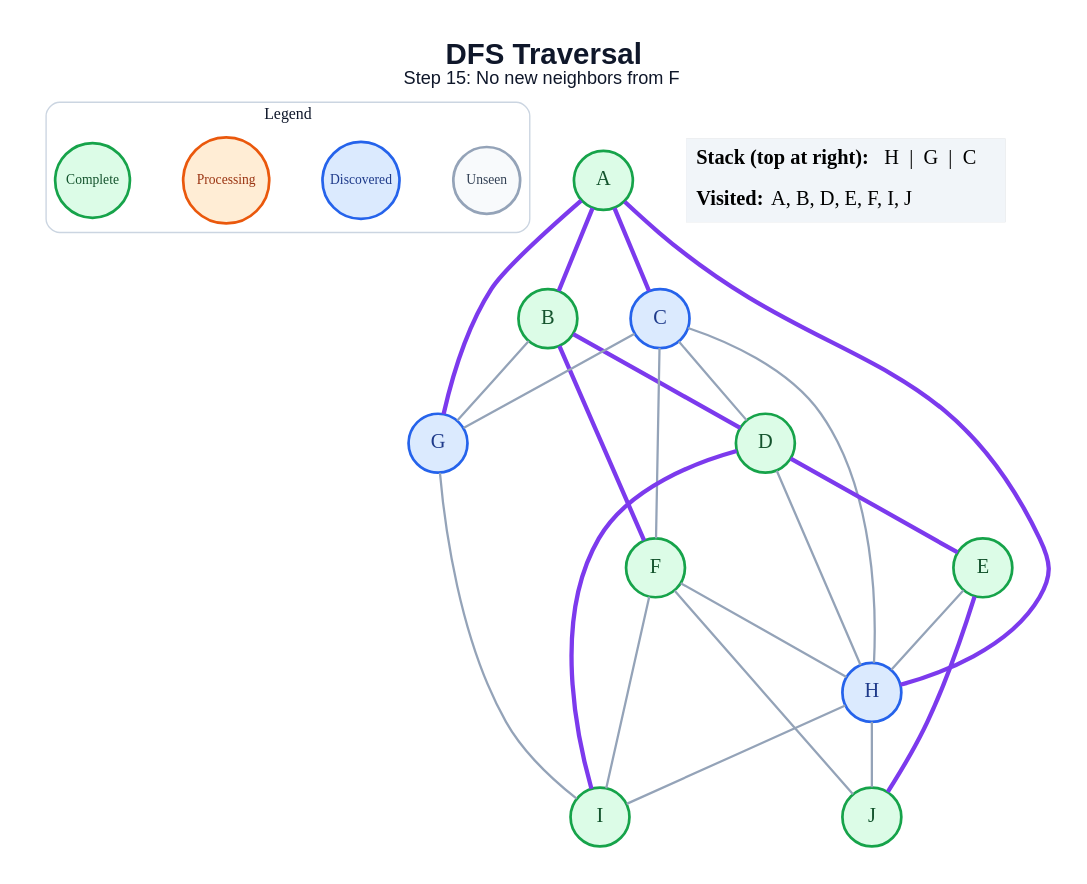
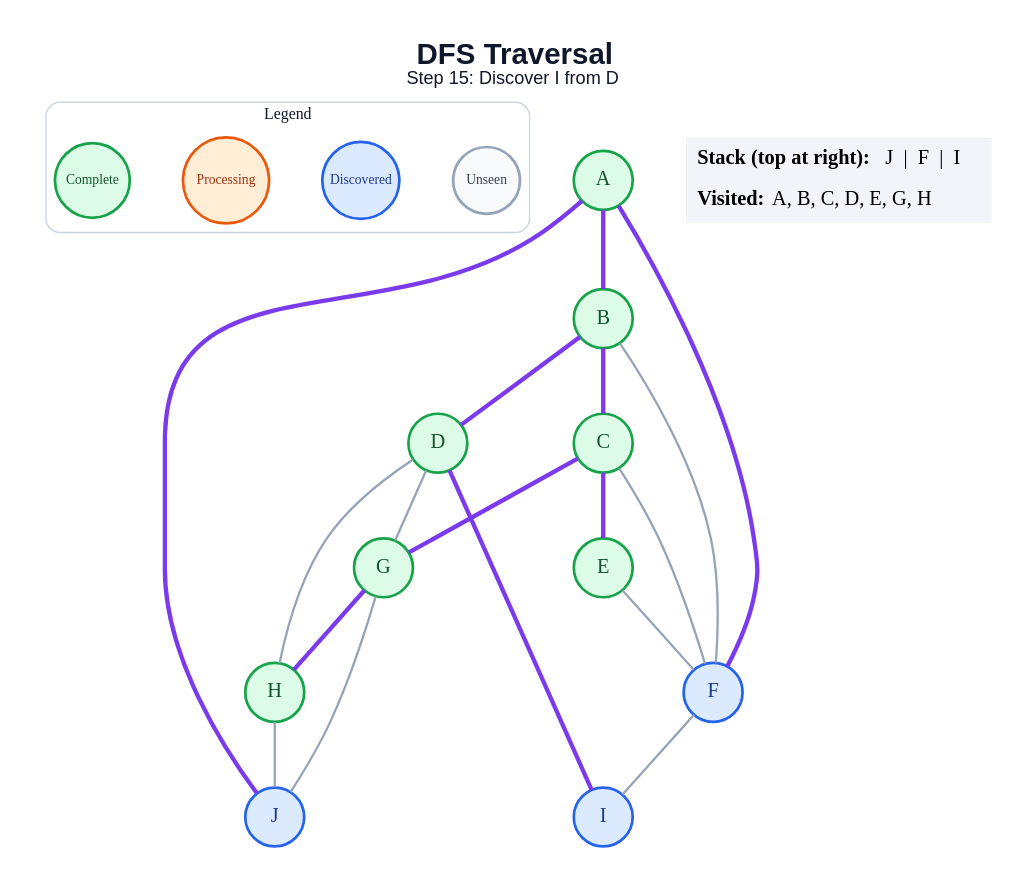
One commit to anon7238593-create/ai-slop changed the diagram in generated/dfs/step_15.dot. Above: the diagram before and after it, drawn with Graphviz. The commit also changed 178 other files, not shown here.

```diff
--- a/generated/dfs/step_15.dot
+++ b/generated/dfs/step_15.dot
@@ -1,51 +1,46 @@
 graph traversal {
   graph [layout=dot, rankdir=TB, bgcolor="#FFFFFF", pad="0.35", nodesep="0.65", ranksep="0.8", fontname="Arial"];
   node [shape=circle, style="filled", fontname="Arial Bold", fontsize=18, width=0.72, fixedsize=true, penwidth=2.4];
   edge [color="#94A3B8", penwidth=2.0];
-  label=<<B>DFS Traversal</B><BR/><FONT POINT-SIZE="16">Step 15: No new neighbors from F</FONT>>; labelloc="t"; fontsize=26; fontname="Arial"; fontcolor="#0F172A";
+  label=<<B>DFS Traversal</B><BR/><FONT POINT-SIZE="16">Step 15: Discover I from D</FONT>>; labelloc="t"; fontsize=26; fontname="Arial"; fontcolor="#0F172A";
   subgraph cluster_legend { label="Legend"; color="#CBD5E1"; penwidth=1.2; style="rounded"; fontsize=14; fontname="Arial Bold";
     key_unseen [label="Unseen", fillcolor="#F8FAFC", color="#94A3B8", fontcolor="#334155", fontsize=12, width=0.82];
     key_frontier [label="Discovered", fillcolor="#DBEAFE", color="#2563EB", fontcolor="#1E3A8A", fontsize=12, width=0.95];
     key_current [label="Processing", fillcolor="#FFEDD5", color="#EA580C", fontcolor="#9A3412", fontsize=12, width=1.05];
     key_done [label="Complete", fillcolor="#DCFCE7", color="#16A34A", fontcolor="#14532D", fontsize=12, width=0.92];
     { rank=same; key_unseen; key_frontier; key_current; key_done; }
   }
   A [fillcolor="#DCFCE7", color="#16A34A", fontcolor="#14532D"];
   B [fillcolor="#DCFCE7", color="#16A34A", fontcolor="#14532D"];
-  C [fillcolor="#DBEAFE", color="#2563EB", fontcolor="#1E3A8A"];
+  C [fillcolor="#DCFCE7", color="#16A34A", fontcolor="#14532D"];
   D [fillcolor="#DCFCE7", color="#16A34A", fontcolor="#14532D"];
   E [fillcolor="#DCFCE7", color="#16A34A", fontcolor="#14532D"];
-  F [fillcolor="#DCFCE7", color="#16A34A", fontcolor="#14532D"];
-  G [fillcolor="#DBEAFE", color="#2563EB", fontcolor="#1E3A8A"];
-  H [fillcolor="#DBEAFE", color="#2563EB", fontcolor="#1E3A8A"];
-  I [fillcolor="#DCFCE7", color="#16A34A", fontcolor="#14532D"];
-  J [fillcolor="#DCFCE7", color="#16A34A", fontcolor="#14532D"];
+  F [fillcolor="#DBEAFE", color="#2563EB", fontcolor="#1E3A8A"];
+  G [fillcolor="#DCFCE7", color="#16A34A", fontcolor="#14532D"];
+  H [fillcolor="#DCFCE7", color="#16A34A", fontcolor="#14532D"];
+  I [fillcolor="#DBEAFE", color="#2563EB", fontcolor="#1E3A8A"];
+  J [fillcolor="#DBEAFE", color="#2563EB", fontcolor="#1E3A8A"];
   A -- B [color="#7C3AED", penwidth=3.8];
-  A -- C [color="#7C3AED", penwidth=3.8];
-  A -- G [color="#7C3AED", penwidth=3.8];
-  A -- H [color="#7C3AED", penwidth=3.8];
+  A -- F [color="#7C3AED", penwidth=3.8];
+  A -- J [color="#7C3AED", penwidth=3.8];
+  B -- C [color="#7C3AED", penwidth=3.8];
   B -- D [color="#7C3AED", penwidth=3.8];
-  B -- F [color="#7C3AED", penwidth=3.8];
-  B -- G;
-  C -- D;
+  B -- F;
+  C -- E [color="#7C3AED", penwidth=3.8];
   C -- F;
-  C -- G;
-  C -- H;
-  D -- E [color="#7C3AED", penwidth=3.8];
+  C -- G [color="#7C3AED", penwidth=3.8];
+  D -- G;
   D -- H;
   D -- I [color="#7C3AED", penwidth=3.8];
-  E -- H;
-  E -- J [color="#7C3AED", penwidth=3.8];
-  F -- H;
+  E -- F;
   F -- I;
-  F -- J;
-  G -- I;
-  H -- I;
+  G -- H [color="#7C3AED", penwidth=3.8];
+  G -- J;
   H -- J;
   status [shape=plain, fixedsize=false, width=0, height=0, margin=0, label=<
     <TABLE BORDER="0" CELLBORDER="0" CELLPADDING="7" BGCOLOR="#F1F5F9">
-      <TR><TD ALIGN="LEFT"><B>Stack (top at right):</B> H  |  G  |  C</TD></TR>
-      <TR><TD ALIGN="LEFT"><B>Visited:</B> A, B, D, E, F, I, J</TD></TR>
+      <TR><TD ALIGN="LEFT"><B>Stack (top at right):</B> J  |  F  |  I</TD></TR>
+      <TR><TD ALIGN="LEFT"><B>Visited:</B> A, B, C, D, E, G, H</TD></TR>
     </TABLE>
   >];
 }
```
